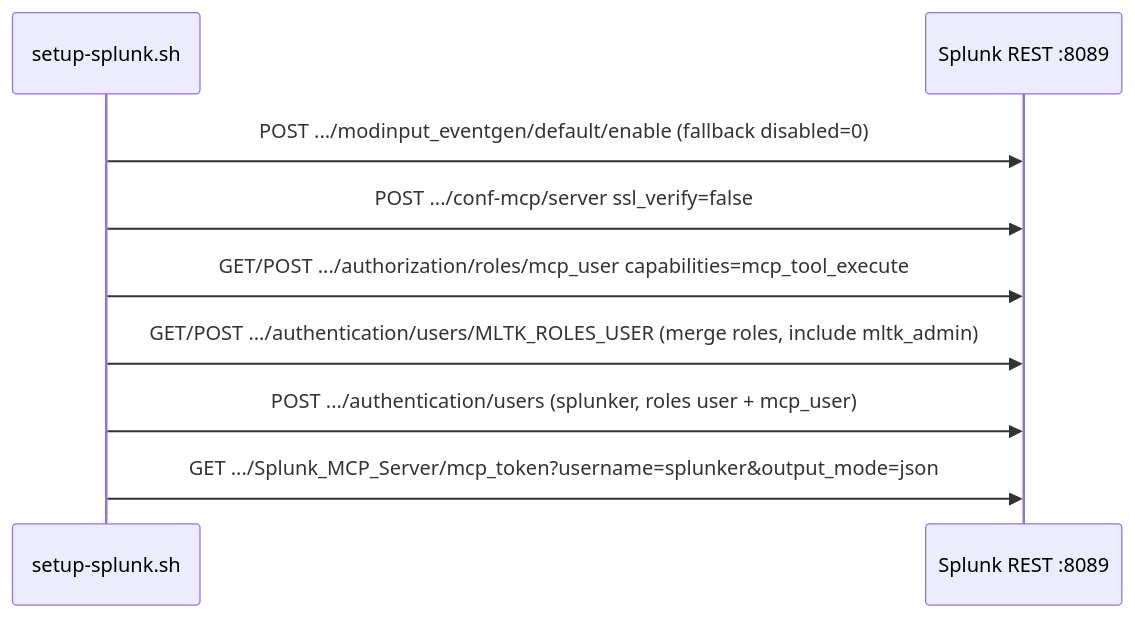
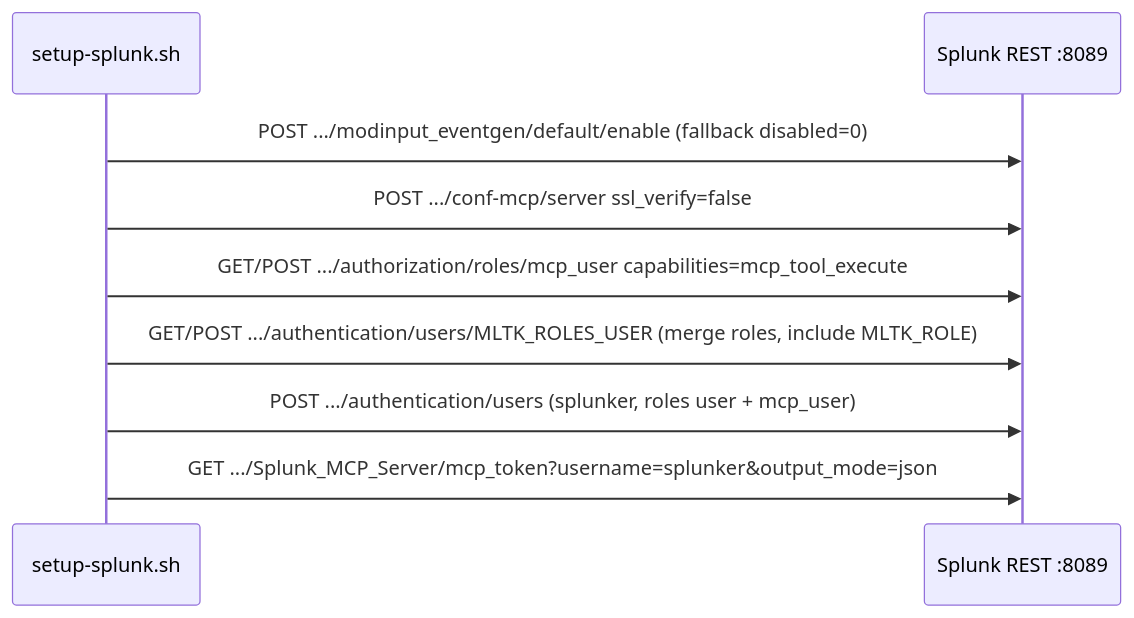
One commit to dd-Splunk/splunk-mcp changed the third of 3 diagrams in docs/SETUP_SPLUNK_SCRIPT.md. Above: the diagram before and after it, drawn with Mermaid. The commit also changed other lines of this file and 6 other files, not shown here.

First line of the commit message:
Make MLTK role configurable and simplify setup-splunk.sh.

````diff
--- a/docs/SETUP_SPLUNK_SCRIPT.md
+++ b/docs/SETUP_SPLUNK_SCRIPT.md
@@ -94,11 +95,11 @@
 ```mermaid
 sequenceDiagram
   participant S as setup-splunk.sh
   participant API as Splunk REST :8089
   S->>API: POST .../modinput_eventgen/default/enable (fallback disabled=0)
   S->>API: POST .../conf-mcp/server ssl_verify=false
   S->>API: GET/POST .../authorization/roles/mcp_user capabilities=mcp_tool_execute
-  S->>API: GET/POST .../authentication/users/MLTK_ROLES_USER (merge roles, include mltk_admin)
+  S->>API: GET/POST .../authentication/users/MLTK_ROLES_USER (merge roles, include MLTK_ROLE)
   S->>API: POST .../authentication/users (splunker, roles user + mcp_user)
   S->>API: GET .../Splunk_MCP_Server/mcp_token?username=splunker&output_mode=json
 ```
````
